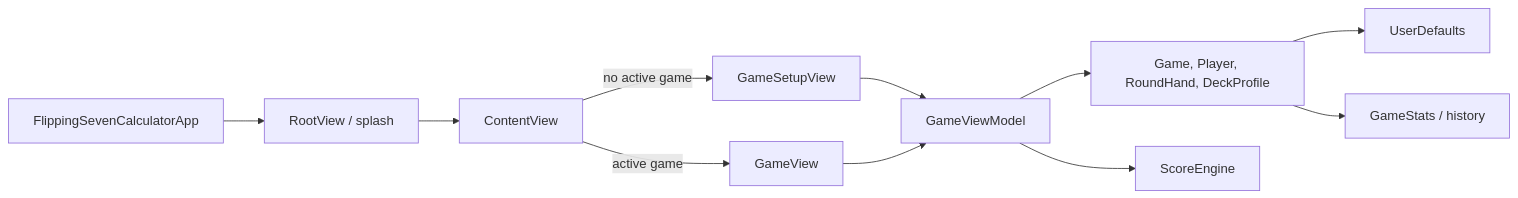
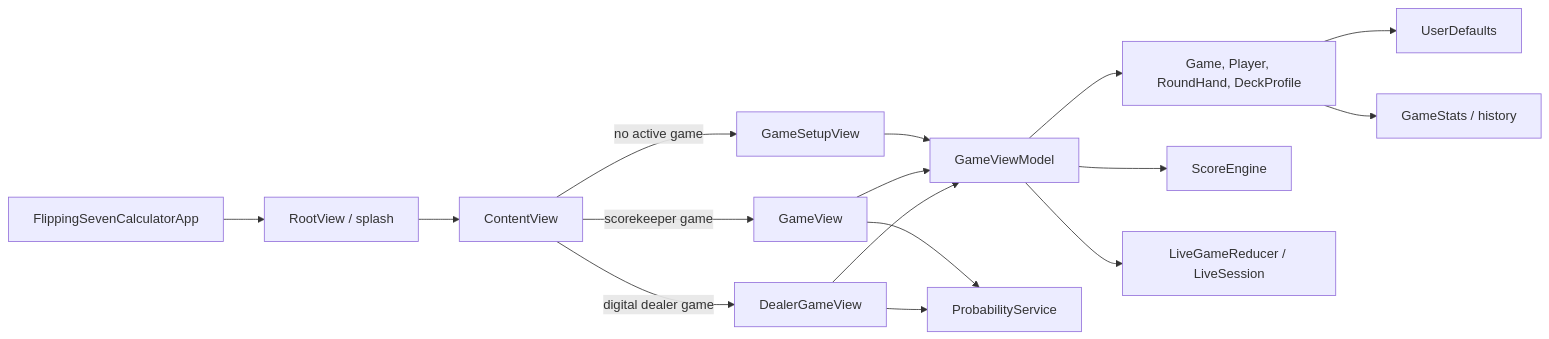
One commit to btuckerc/flip7calculator changed the diagram in docs/ARCHITECTURE.md. Above: the diagram before and after it, drawn with Mermaid. The commit also changed other lines of this file and 17 other files, not shown here.

Commit message:
feat: add live dealer preview and risk insights

````diff
--- a/docs/ARCHITECTURE.md
+++ b/docs/ARCHITECTURE.md
@@ -7,13 +7,18 @@
 ```mermaid
 flowchart LR
     A["FlippingSevenCalculatorApp"] --> B["RootView / splash"]
     B --> C["ContentView"]
     C -->|"no active game"| D["GameSetupView"]
-    C -->|"active game"| E["GameView"]
+    C -->|"scorekeeper game"| E["GameView"]
+    C -->|"digital dealer game"| K["DealerGameView"]
     D --> F["GameViewModel"]
     E --> F
+    K --> F
     F --> G["Game, Player, RoundHand, DeckProfile"]
     F --> H["ScoreEngine"]
+    F --> L["LiveGameReducer / LiveSession"]
+    E --> M["ProbabilityService"]
+    K --> M
     G --> I["UserDefaults"]
     G --> J["GameStats / history"]
 ```
````
